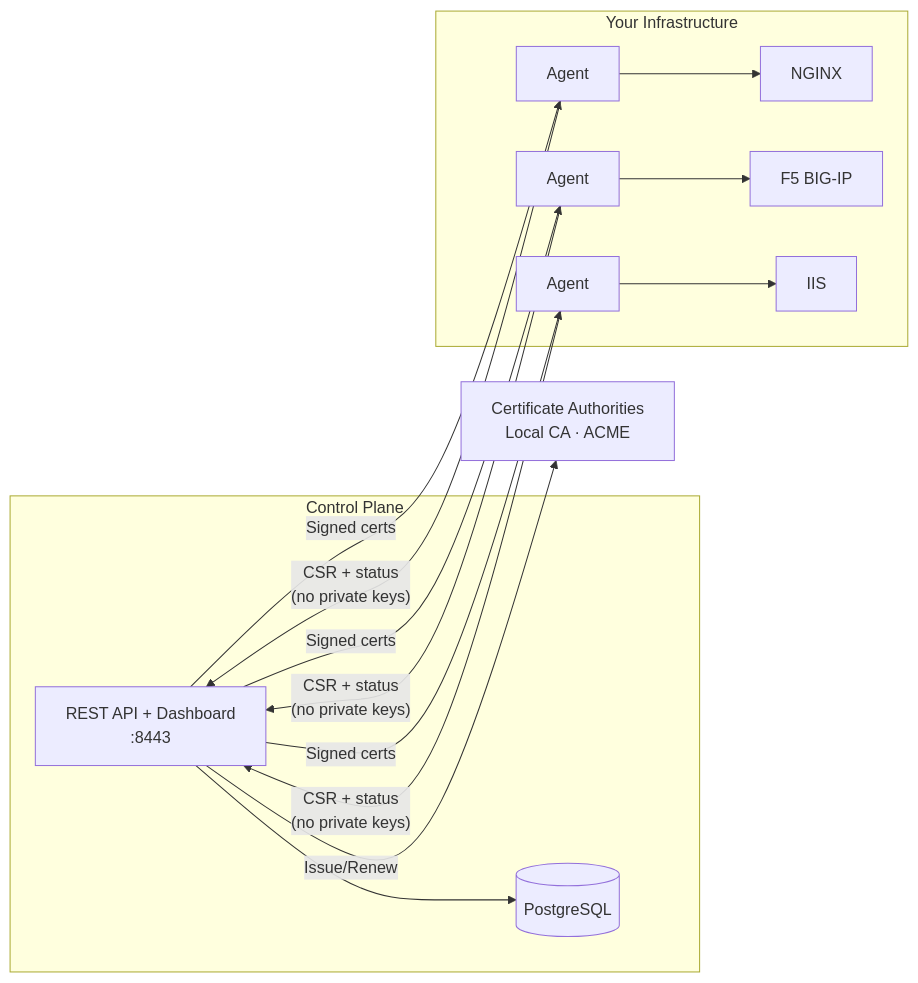
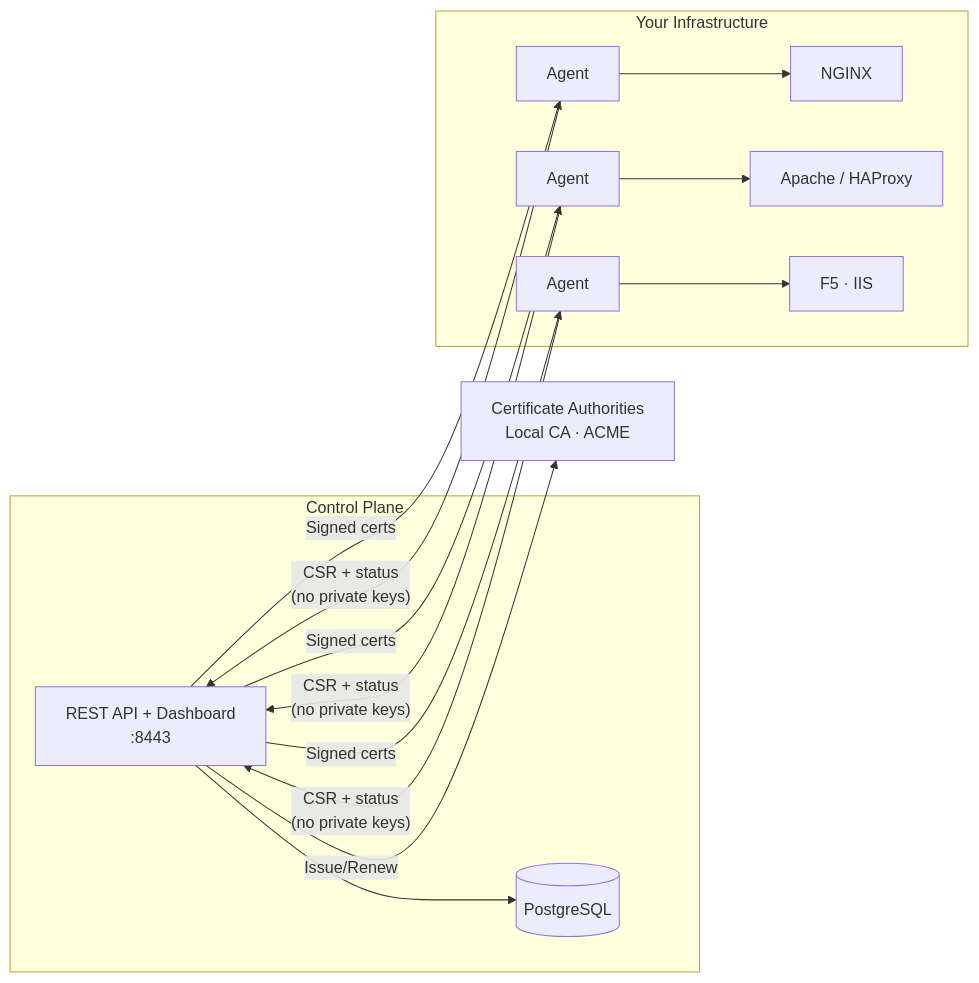
One commit to certctl-io/certctl changed the first of 2 diagrams in README.md. Above: the diagram before and after it, drawn with Mermaid. The commit also changed other lines of this file and 4 other files, not shown here.

First line of the commit message:
docs: add 47-day cert lifespan motivation, update roadmap, cross-validate all docs

````diff
--- a/README.md
+++ b/README.md
@@ -13,18 +15,18 @@
 ```mermaid
 flowchart LR
     subgraph "Control Plane"
         API["REST API + Dashboard\n:8443"]
         PG[("PostgreSQL")]
     end
 
     subgraph "Your Infrastructure"
         A1["Agent"] --> T1["NGINX"]
-        A2["Agent"] --> T2["F5 BIG-IP"]
-        A3["Agent"] --> T3["IIS"]
+        A2["Agent"] --> T2["Apache / HAProxy"]
+        A3["Agent"] --> T3["F5 · IIS"]
     end
 
     API --> PG
     A1 & A2 & A3 -->|"CSR + status\n(no private keys)"| API
     API -->|"Signed certs"| A1 & A2 & A3
     API -->|"Issue/Renew"| CA["Certificate Authorities\nLocal CA · ACME"]
 ```
````
